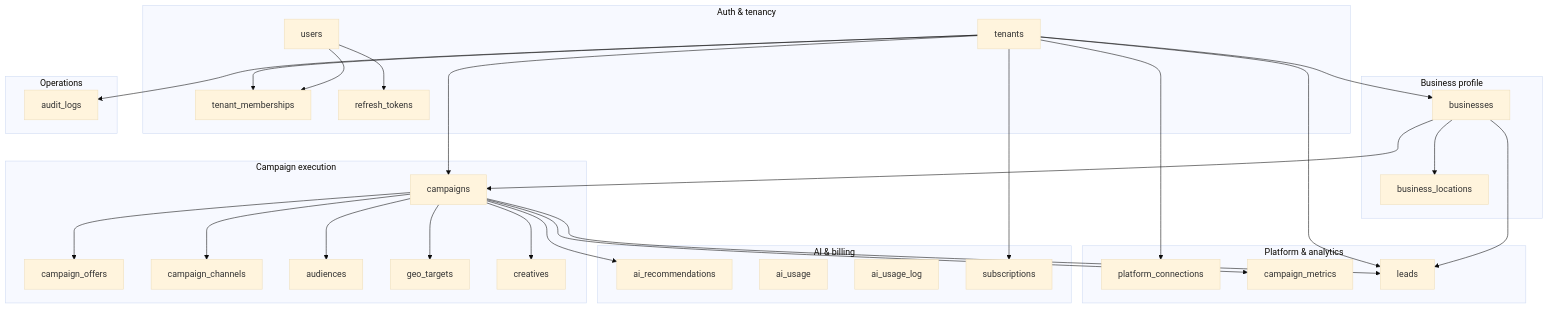
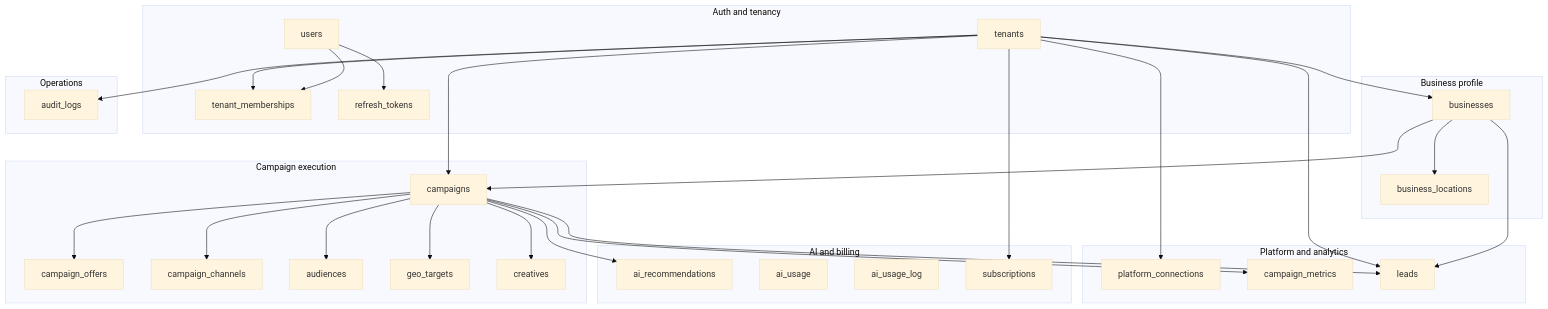
The sixth of 7 diagrams in docs/02-architecture/diagrams/database-erd.md (fixna-in/fixna-localboost), drawn with Mermaid (base theme) before and after one commit. The commit also changed other lines of this file, not shown here.

````diff
--- a/docs/02-architecture/diagrams/database-erd.md
+++ b/docs/02-architecture/diagrams/database-erd.md
@@ -289,61 +325,61 @@
 ```mermaid
 flowchart TB
-    subgraph auth["Auth & tenancy"]
+    subgraph auth["Auth and tenancy"]
         tenants
         users
         tenant_memberships
         refresh_tokens
     end
 
     subgraph business["Business profile"]
         businesses
         business_locations
     end
 
     subgraph campaign["Campaign execution"]
         campaigns
         campaign_offers
         campaign_channels
         audiences
         geo_targets
         creatives
     end
 
-    subgraph platform["Platform & analytics"]
+    subgraph platform["Platform and analytics"]
         platform_connections
         campaign_metrics
         leads
     end
 
-    subgraph ai["AI & billing"]
+    subgraph ai["AI and billing"]
         ai_recommendations
         ai_usage
         ai_usage_log
         subscriptions
     end
 
     subgraph ops["Operations"]
         audit_logs
     end
 
     tenants --> tenant_memberships
     users --> tenant_memberships
     tenants --> businesses
     businesses --> business_locations
     tenants --> campaigns
     businesses --> campaigns
     campaigns --> campaign_offers
     campaigns --> campaign_channels
     campaigns --> audiences
     campaigns --> geo_targets
     campaigns --> creatives
     tenants --> platform_connections
     campaigns --> campaign_metrics
     tenants --> leads
     businesses --> leads
     campaigns --> leads
     campaigns --> ai_recommendations
     tenants --> subscriptions
     tenants --> audit_logs
     users --> refresh_tokens
 ```
````
